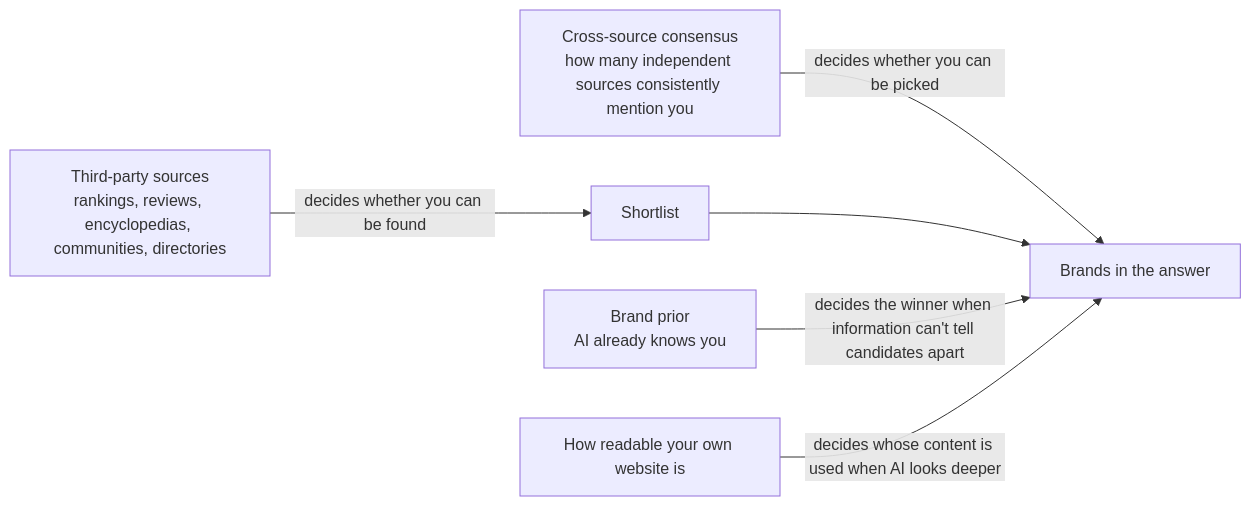
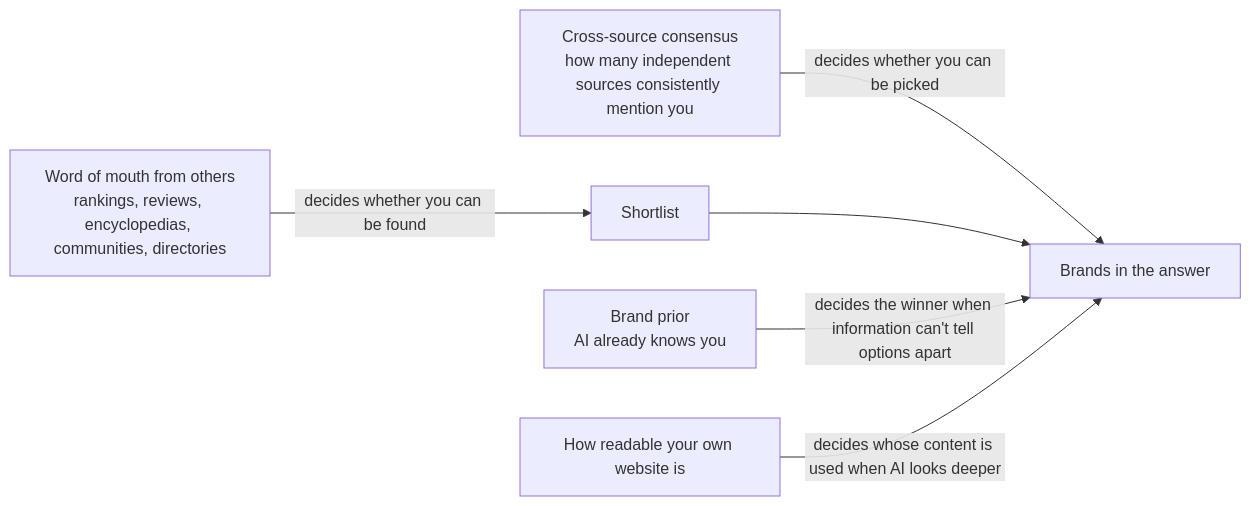
One commit to ivantsai1982/geo-lab changed the diagram in book/en/Chapter_05.md. Above: the diagram before and after it, drawn with Mermaid. The commit also changed other lines of this file and 147 other files, not shown here.

````diff
--- a/book/en/Chapter_05.md
+++ b/book/en/Chapter_05.md
@@ -326,8 +151,8 @@
 ```mermaid
 flowchart LR
-    A[Third-party sources<br/>rankings, reviews, encyclopedias, communities, directories] -->|decides whether you can be found| B[Shortlist]
+    A[Word of mouth from others<br/>rankings, reviews, encyclopedias, communities, directories] -->|decides whether you can be found| B[Shortlist]
     C[Cross-source consensus<br/>how many independent sources consistently mention you] -->|decides whether you can be picked| D[Brands in the answer]
     B --> D
-    E[Brand prior<br/>AI already knows you] -->|decides the winner when information can't tell candidates apart| D
+    E[Brand prior<br/>AI already knows you] -->|decides the winner when information can't tell options apart| D
     F[How readable your own website is] -->|decides whose content is used when AI looks deeper| D
 ```
````
